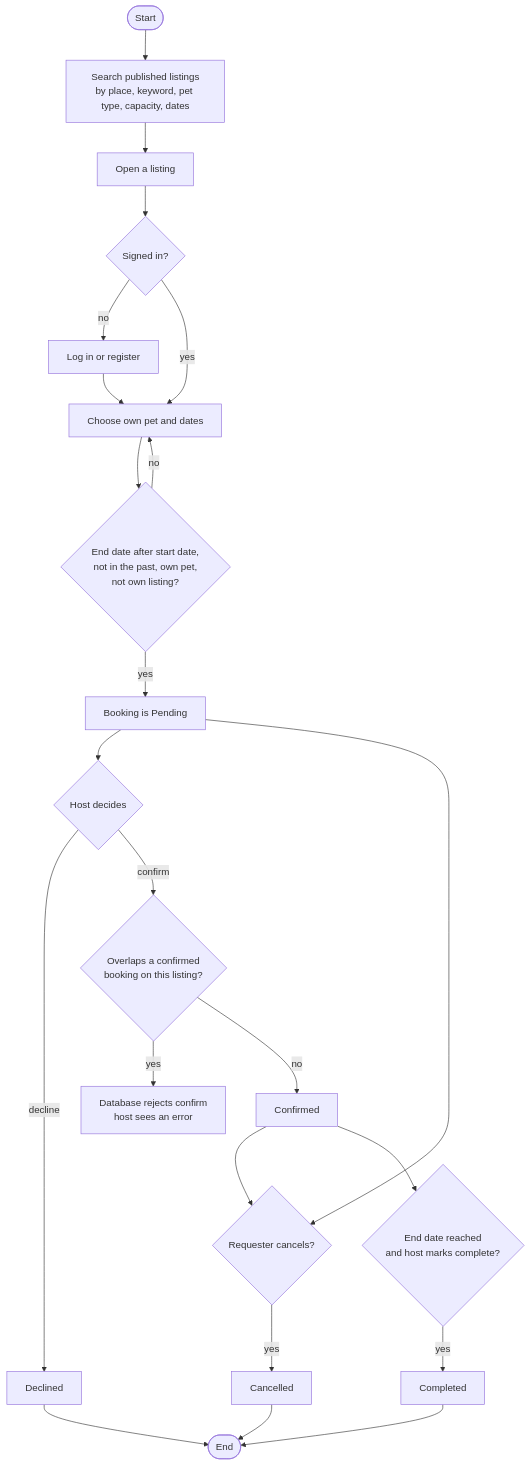
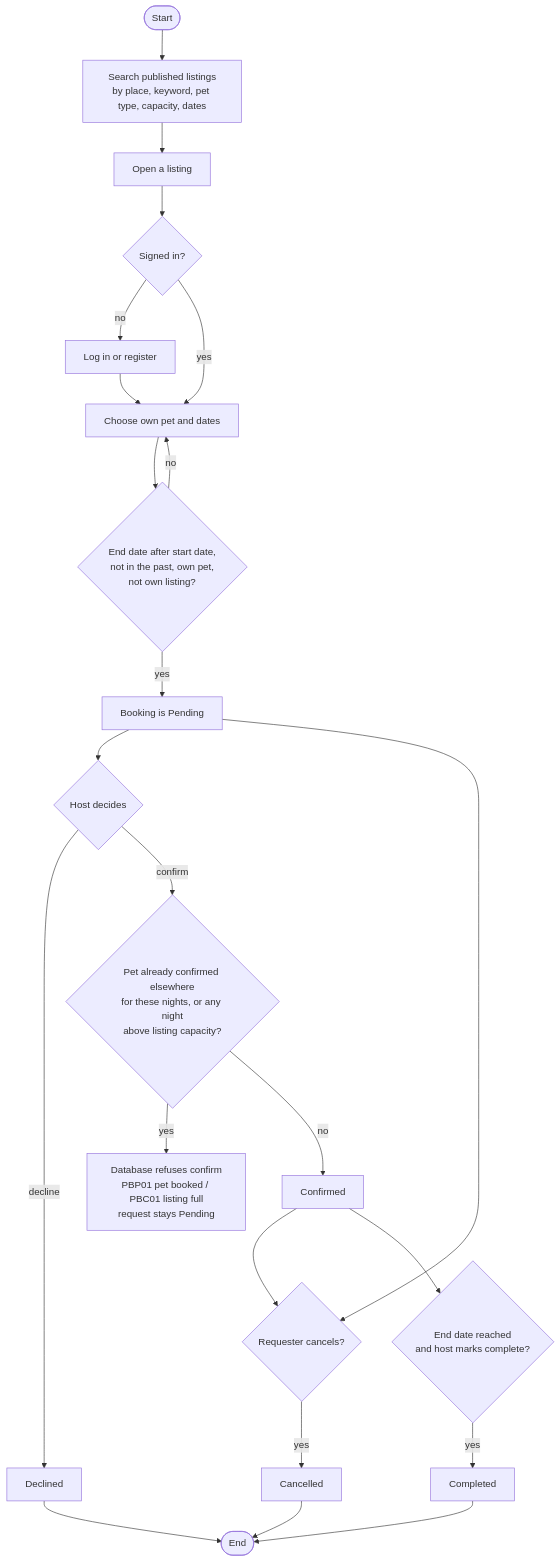
One commit to ziannsnp/petswap changed the second of 14 diagrams in docs/design-document.md. Above: the diagram before and after it, drawn with Mermaid. The commit also changed other lines of this file and 3 other files, not shown here.

First line of the commit message:
docs(course): add the UML API diagram, design quality, and black-box test plan

````diff
--- a/docs/design-document.md
+++ b/docs/design-document.md
@@ -57,24 +70,24 @@
 ```mermaid
 flowchart TD
     A([Start]) --> B[Search published listings<br/>by place, keyword, pet type, capacity, dates]
     B --> C[Open a listing]
     C --> D{Signed in?}
     D -- no --> E[Log in or register] --> F
     D -- yes --> F[Choose own pet and dates]
     F --> G{End date after start date,<br/>not in the past, own pet,<br/>not own listing?}
     G -- no --> F
     G -- yes --> H[Booking is Pending]
     H --> I{Host decides}
     I -- decline --> J[Declined]
-    I -- confirm --> K{Overlaps a confirmed<br/>booking on this listing?}
-    K -- yes --> L[Database rejects confirm<br/>host sees an error]
+    I -- confirm --> K{Pet already confirmed elsewhere<br/>for these nights, or any night<br/>above listing capacity?}
+    K -- yes --> L[Database refuses confirm<br/>PBP01 pet booked / PBC01 listing full<br/>request stays Pending]
     K -- no --> M[Confirmed]
     H --> N{Requester cancels?}
     M --> N
     N -- yes --> O[Cancelled]
     M --> P{End date reached<br/>and host marks complete?}
     P -- yes --> Q[Completed]
     J --> Z([End])
     O --> Z
     Q --> Z
 ```
````
